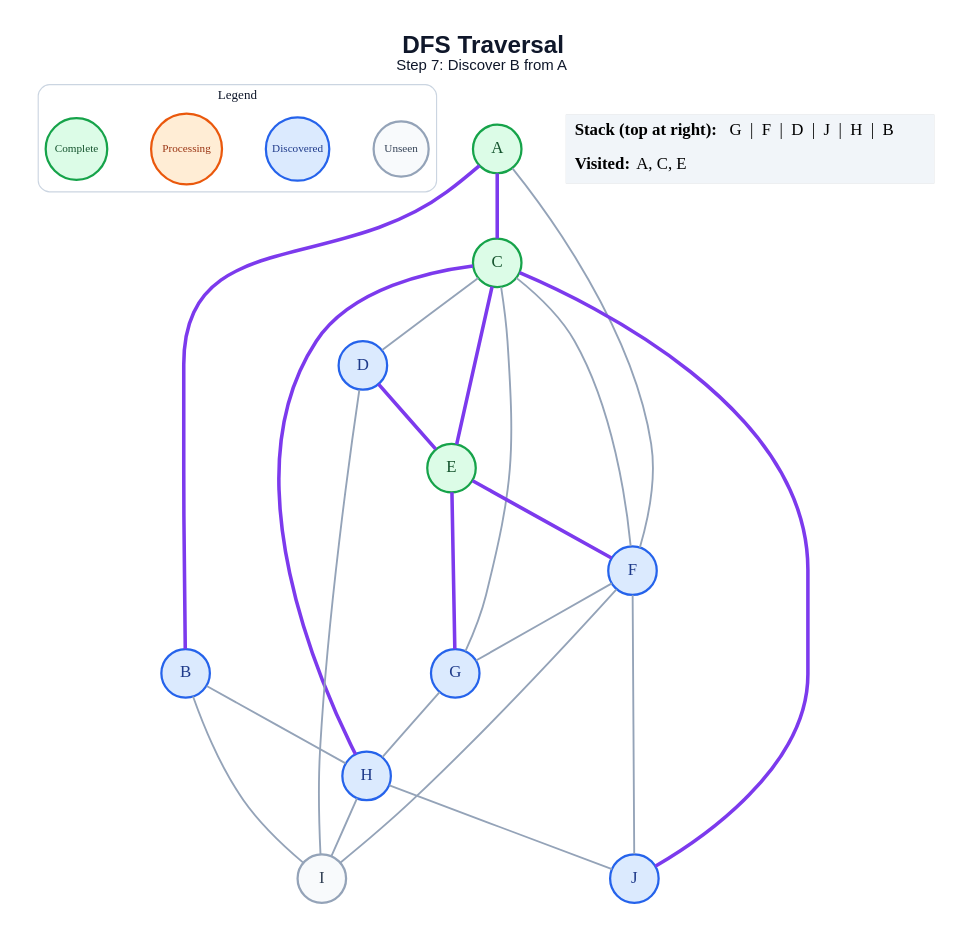
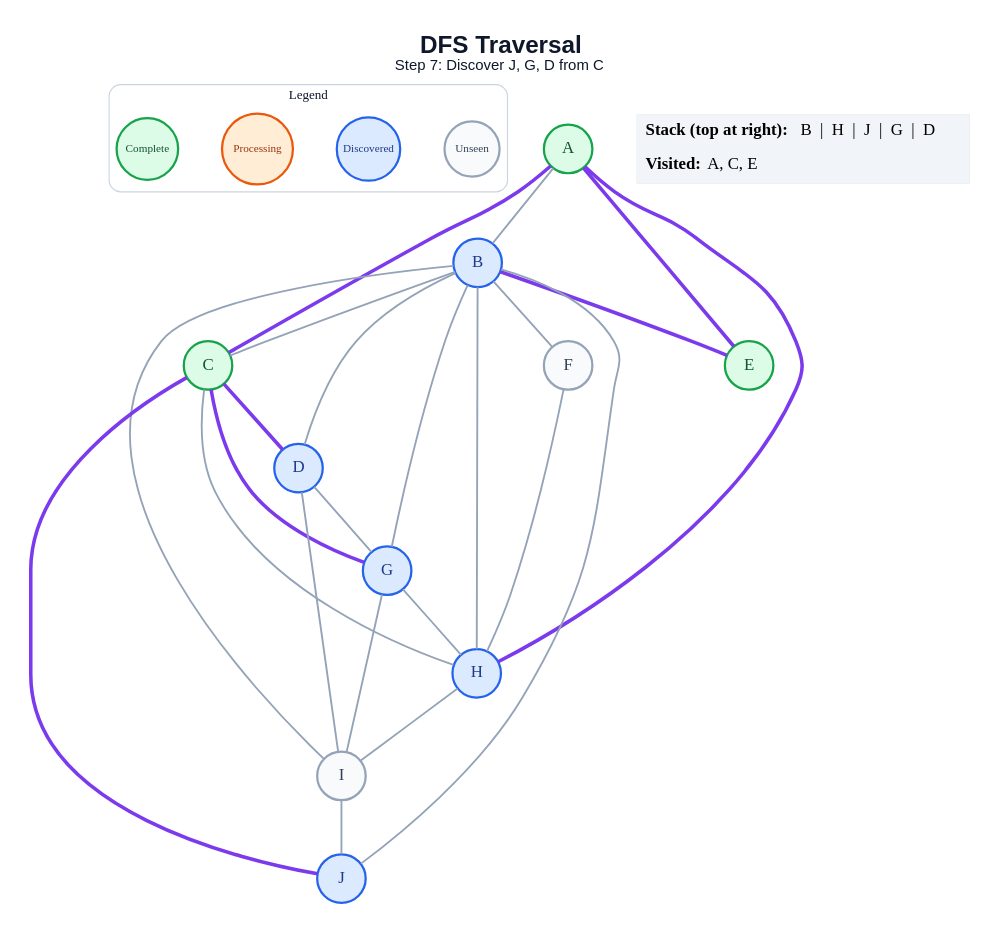
The diagram in generated/specific-node/dfs/step_07.dot (amanghodawala9/ai-slop), drawn with Graphviz before and after one commit. The commit also changed 178 other files, not shown here.

```diff
--- a/generated/specific-node/dfs/step_07.dot
+++ b/generated/specific-node/dfs/step_07.dot
@@ -1,50 +1,52 @@
 graph traversal {
   graph [layout=dot, rankdir=TB, bgcolor="#FFFFFF", pad="0.35", nodesep="0.65", ranksep="0.8", fontname="Arial"];
   node [shape=circle, style="filled", fontname="Arial Bold", fontsize=18, width=0.72, fixedsize=true, penwidth=2.4];
   edge [color="#94A3B8", penwidth=2.0];
-  label=<<B>DFS Traversal</B><BR/><FONT POINT-SIZE="16">Step 7: Discover B from A</FONT>>; labelloc="t"; fontsize=26; fontname="Arial"; fontcolor="#0F172A";
+  label=<<B>DFS Traversal</B><BR/><FONT POINT-SIZE="16">Step 7: Discover J, G, D from C</FONT>>; labelloc="t"; fontsize=26; fontname="Arial"; fontcolor="#0F172A";
   subgraph cluster_legend { label="Legend"; color="#CBD5E1"; penwidth=1.2; style="rounded"; fontsize=14; fontname="Arial Bold";
     key_unseen [label="Unseen", fillcolor="#F8FAFC", color="#94A3B8", fontcolor="#334155", fontsize=12, width=0.82];
     key_frontier [label="Discovered", fillcolor="#DBEAFE", color="#2563EB", fontcolor="#1E3A8A", fontsize=12, width=0.95];
     key_current [label="Processing", fillcolor="#FFEDD5", color="#EA580C", fontcolor="#9A3412", fontsize=12, width=1.05];
     key_done [label="Complete", fillcolor="#DCFCE7", color="#16A34A", fontcolor="#14532D", fontsize=12, width=0.92];
     { rank=same; key_unseen; key_frontier; key_current; key_done; }
   }
   A [fillcolor="#DCFCE7", color="#16A34A", fontcolor="#14532D"];
   B [fillcolor="#DBEAFE", color="#2563EB", fontcolor="#1E3A8A"];
   C [fillcolor="#DCFCE7", color="#16A34A", fontcolor="#14532D"];
   D [fillcolor="#DBEAFE", color="#2563EB", fontcolor="#1E3A8A"];
   E [fillcolor="#DCFCE7", color="#16A34A", fontcolor="#14532D"];
-  F [fillcolor="#DBEAFE", color="#2563EB", fontcolor="#1E3A8A"];
+  F [fillcolor="#F8FAFC", color="#94A3B8", fontcolor="#334155"];
   G [fillcolor="#DBEAFE", color="#2563EB", fontcolor="#1E3A8A"];
   H [fillcolor="#DBEAFE", color="#2563EB", fontcolor="#1E3A8A"];
   I [fillcolor="#F8FAFC", color="#94A3B8", fontcolor="#334155"];
   J [fillcolor="#DBEAFE", color="#2563EB", fontcolor="#1E3A8A"];
-  A -- B [color="#7C3AED", penwidth=3.8];
+  A -- B;
   A -- C [color="#7C3AED", penwidth=3.8];
-  A -- F;
+  A -- E [color="#7C3AED", penwidth=3.8];
+  A -- H [color="#7C3AED", penwidth=3.8];
+  B -- C;
+  B -- D;
+  B -- E [color="#7C3AED", penwidth=3.8];
+  B -- F;
+  B -- G;
   B -- H;
   B -- I;
-  C -- D;
-  C -- E [color="#7C3AED", penwidth=3.8];
-  C -- F;
-  C -- G;
-  C -- H [color="#7C3AED", penwidth=3.8];
+  B -- J;
+  C -- D [color="#7C3AED", penwidth=3.8];
+  C -- G [color="#7C3AED", penwidth=3.8];
+  C -- H;
   C -- J [color="#7C3AED", penwidth=3.8];
-  D -- E [color="#7C3AED", penwidth=3.8];
+  D -- G;
   D -- I;
-  E -- F [color="#7C3AED", penwidth=3.8];
-  E -- G [color="#7C3AED", penwidth=3.8];
-  F -- G;
-  F -- I;
-  F -- J;
+  F -- H;
   G -- H;
+  G -- I;
   H -- I;
-  H -- J;
+  I -- J;
   status [shape=plain, fixedsize=false, width=0, height=0, margin=0, label=<
     <TABLE BORDER="0" CELLBORDER="0" CELLPADDING="7" BGCOLOR="#F1F5F9">
-      <TR><TD ALIGN="LEFT"><B>Stack (top at right):</B> G  |  F  |  D  |  J  |  H  |  B</TD></TR>
+      <TR><TD ALIGN="LEFT"><B>Stack (top at right):</B> B  |  H  |  J  |  G  |  D</TD></TR>
       <TR><TD ALIGN="LEFT"><B>Visited:</B> A, C, E</TD></TR>
     </TABLE>
   >];
 }
```
